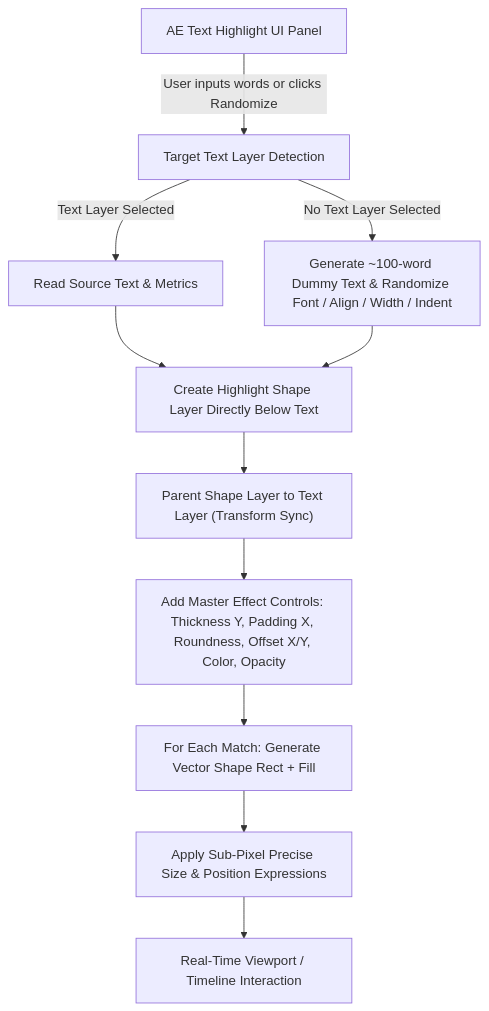
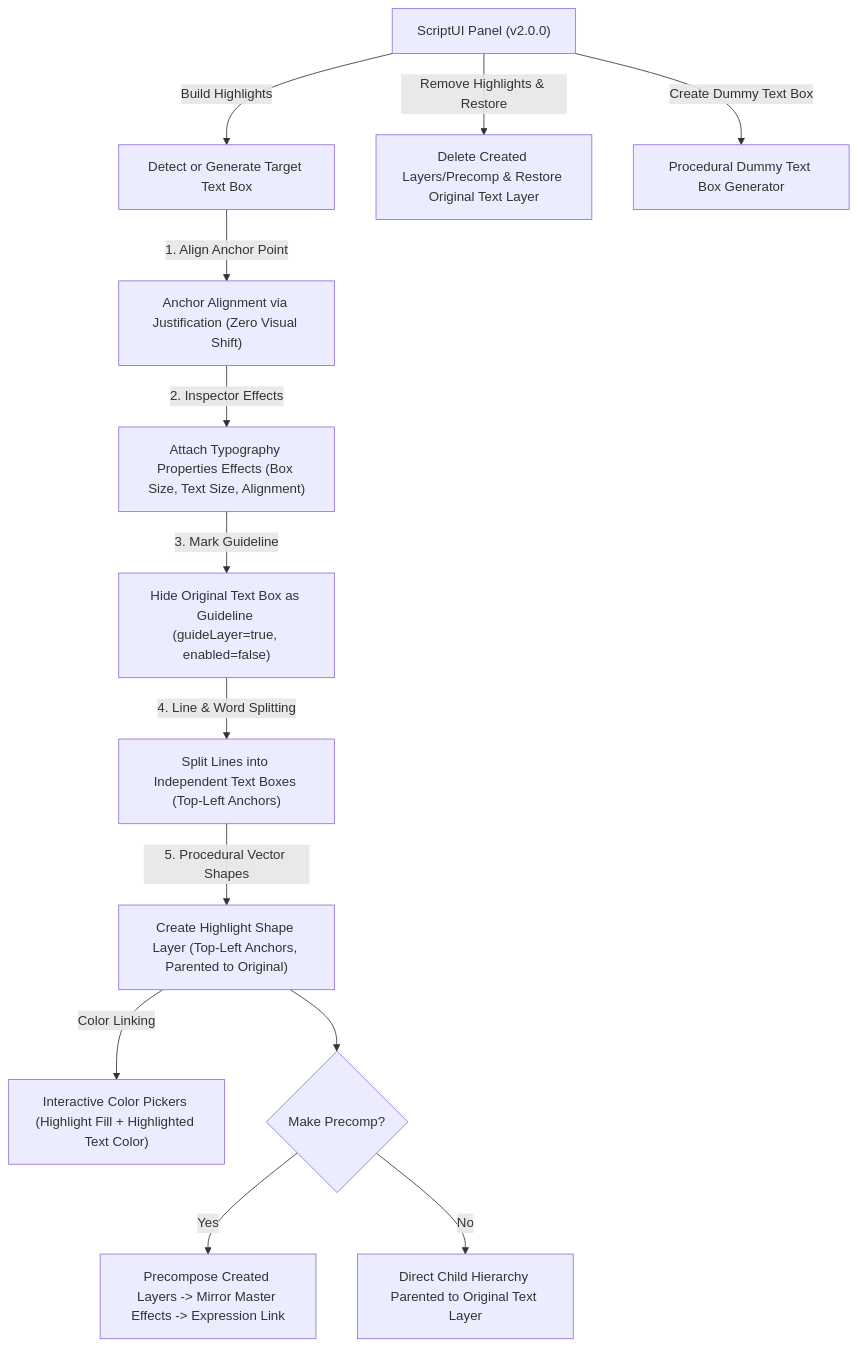
The diagram in README.md (work2survive/AE-Text-Highlight), drawn with Mermaid before and after one commit. The commit also changed other lines of this file and 1 other file, not shown here.

Commit message:
feat: complete v2.0.0 architectural rebuild with anchor alignment, line/word splitting, top-left anchor points, procedural vector highlights, dual color pickers, precomposition with mirrored effects, and restore functionality

````diff
--- a/README.md
+++ b/README.md
@@ -108,16 +16,17 @@
 ```mermaid
 flowchart TD
-    A["AE Text Highlight UI Panel"] -->|User inputs words or clicks Randomize| B["Target Text Layer Detection"]
-    B -->|Text Layer Selected| C["Read Source Text & Metrics"]
-    B -->|No Text Layer Selected| D["Generate ~100-word Dummy Text & Randomize Font / Align / Width / Indent"]
+    UI["ScriptUI Panel (v2.0.0)"] -->|"Build Highlights"| DETECT["Detect or Generate Target Text Box"]
+    DETECT -->|"1. Align Anchor Point"| ALIGN["Anchor Alignment via Justification (Zero Visual Shift)"]
+    ALIGN -->|"2. Inspector Effects"| FX["Attach Typography Properties Effects (Box Size, Text Size, Alignment)"]
+    FX -->|"3. Mark Guideline"| GUIDE["Hide Original Text Box as Guideline (guideLayer=true, enabled=false)"]
+    GUIDE -->|"4. Line & Word Splitting"| SPLIT["Split Lines into Independent Text Boxes (Top-Left Anchors)"]
+    SPLIT -->|"5. Procedural Vector Shapes"| SHAPE["Create Highlight Shape Layer (Top-Left Anchors, Parented to Original)"]
+    SHAPE -->|"Color Linking"| COLOR["Interactive Color Pickers (Highlight Fill + Highlighted Text Color)"]
     
-    C --> E["Create Highlight Shape Layer Directly Below Text"]
-    D --> E
+    SHAPE --> OPT{"Make Precomp?"}
+    OPT -->|"Yes"| PRE["Precompose Created Layers -> Mirror Master Effects -> Expression Link"]
+    OPT -->|"No"| RIG["Direct Child Hierarchy Parented to Original Text Layer"]
     
-    E --> F["Parent Shape Layer to Text Layer (Transform Sync)"]
-    F --> G["Add Master Effect Controls: Thickness Y, Padding X, Roundness, Offset X/Y, Color, Opacity"]
-    G --> H["For Each Match: Generate Vector Shape Rect + Fill"]
-    
-    H --> I["Apply Sub-Pixel Precise Size & Position Expressions"]
-    I --> J["Real-Time Viewport / Timeline Interaction"]
+    UI -->|"Remove Highlights & Restore"| RESTORE["Delete Created Layers/Precomp & Restore Original Text Layer"]
+    UI -->|"Create Dummy Text Box"| DUMMY["Procedural Dummy Text Box Generator"]
 ```
````
